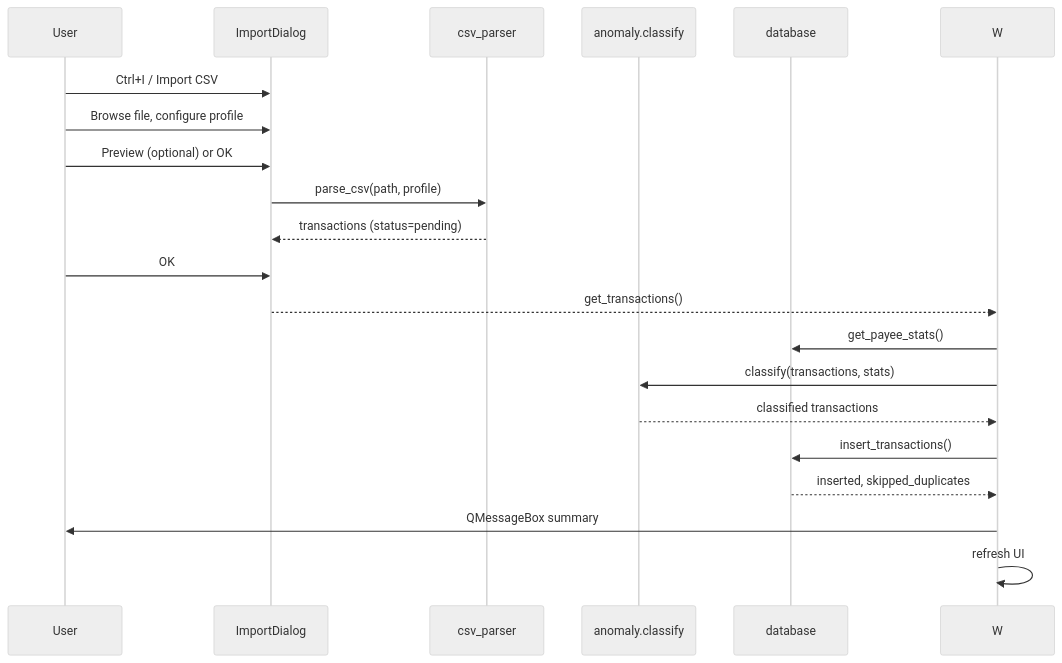
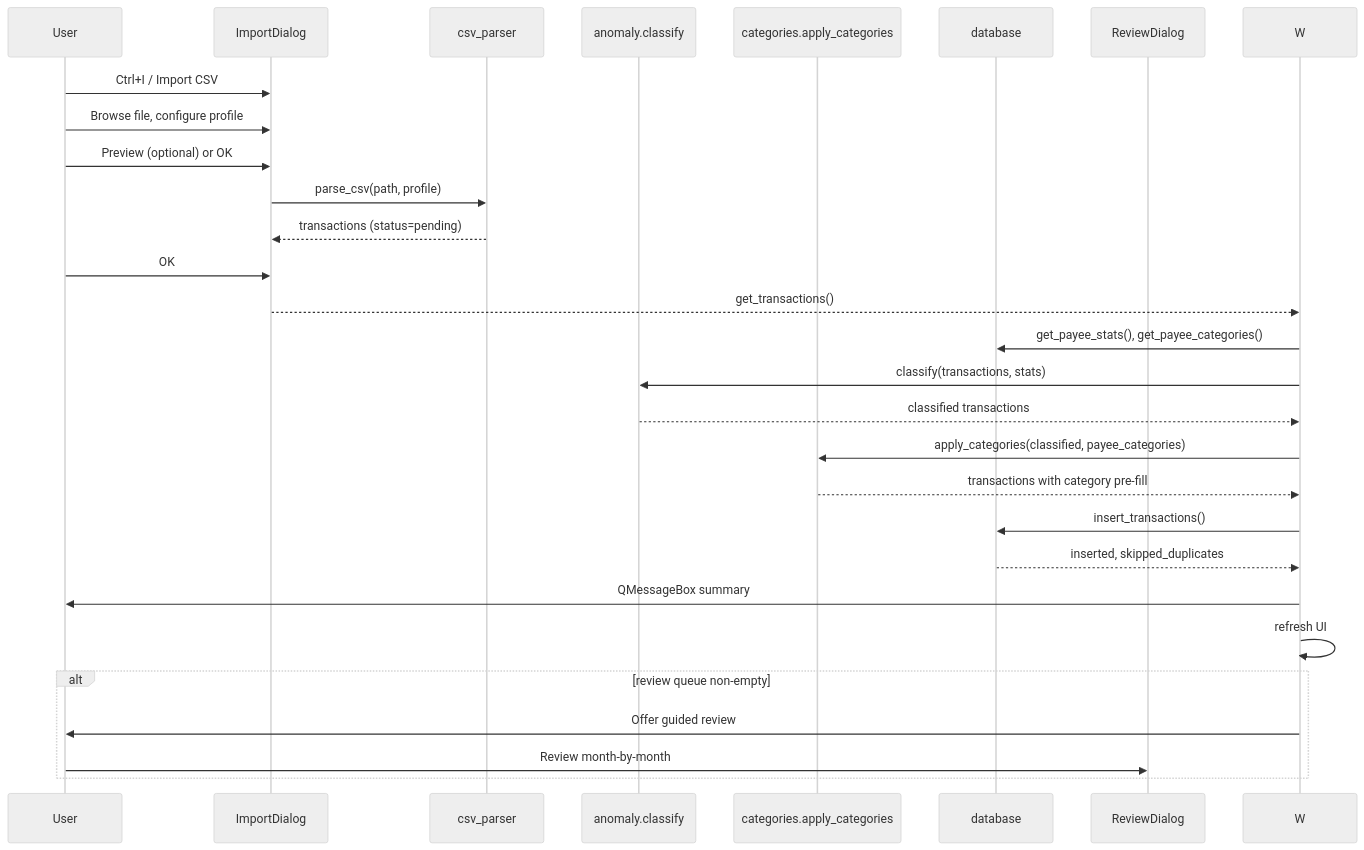
Before and after one commit to devmarkusb/accounting-anomaly-detector: the fourth of 7 diagrams in docs/DEVELOPMENT_SPEC.md, drawn with Mermaid (neutral theme). The commit also changed other lines of this file and 11 other files, not shown here.

Commit message:
Add review workflow with per-payee category learning and assignation

````diff
--- a/docs/DEVELOPMENT_SPEC.md
+++ b/docs/DEVELOPMENT_SPEC.md
@@ -217,23 +236,31 @@
 ```mermaid
 sequenceDiagram
     participant U as User
     participant ID as ImportDialog
     participant CP as csv_parser
     participant A as anomaly.classify
+    participant Cat as categories.apply_categories
     participant D as database
+    participant R as ReviewDialog
 
     U->>ID: Ctrl+I / Import CSV
     U->>ID: Browse file, configure profile
     U->>ID: Preview (optional) or OK
     ID->>CP: parse_csv(path, profile)
     CP-->>ID: transactions (status=pending)
     U->>ID: OK
     ID-->>W: get_transactions()
-    W->>D: get_payee_stats()
+    W->>D: get_payee_stats(), get_payee_categories()
     W->>A: classify(transactions, stats)
     A-->>W: classified transactions
+    W->>Cat: apply_categories(classified, payee_categories)
+    Cat-->>W: transactions with category pre-fill
     W->>D: insert_transactions()
     D-->>W: inserted, skipped_duplicates
     W->>U: QMessageBox summary
     W->>W: refresh UI
+    alt review queue non-empty
+        W->>U: Offer guided review
+        U->>R: Review month-by-month
+    end
 ```
````
